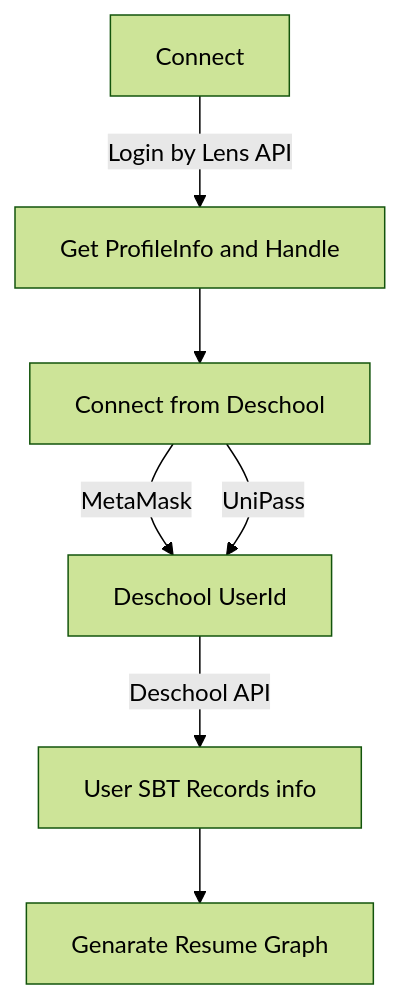
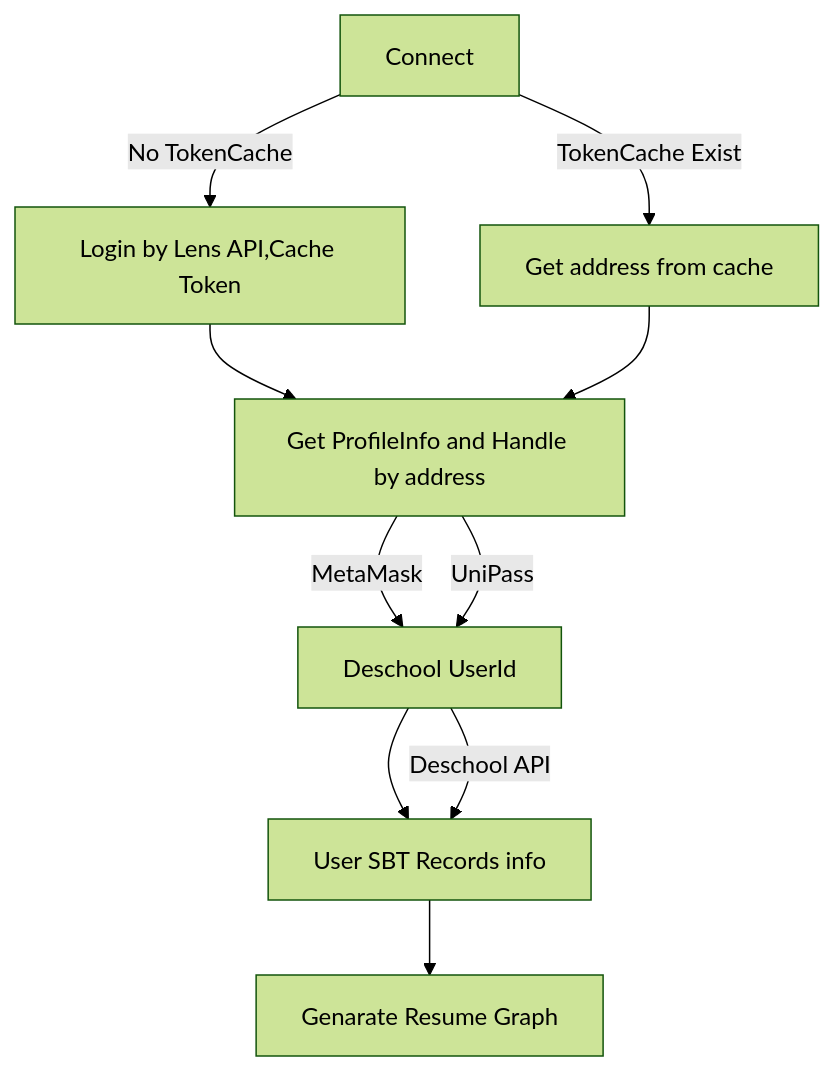
The diagram in website/docs/connect.md (0xDeSchool/deschool-lens), drawn with Mermaid (forest theme) before and after one commit. The commit also changed 10 other files, not shown here.

````diff
--- a/website/docs/connect.md
+++ b/website/docs/connect.md
@@ -3,9 +3,12 @@
 ```mermaid
 graph TD
-    A[Connect] -->|Login by Lens API| B[Get ProfileInfo and Handle]
-    B --> C[Connect from Deschool]
-    C -->|MetaMask| D[Deschool UserId]
-    C -->|UniPass| D
-    D -->|Deschool API| E[User SBT Records info]
-    E -->F[Genarate Resume Graph]
+    A[Connect] -->|No TokenCache| B[Login by Lens API,Cache Token]
+    B --> C[Get ProfileInfo and Handle by address]
+    A --> |TokenCache Exist| D[Get address from cache]
+    D --> C
+    E --> F[Connect from Deschool]
+    C --> |MetaMask| E[Deschool UserId]
+    C --> |UniPass| E
+    E --> |Deschool API| F[User SBT Records info]
+    F --> G[Genarate Resume Graph]
 ```
````
